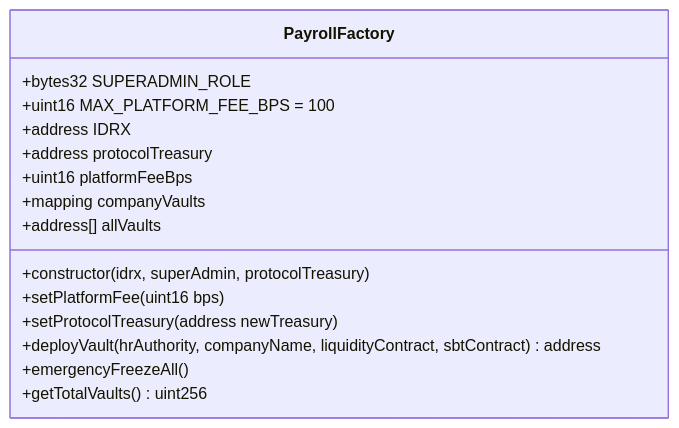
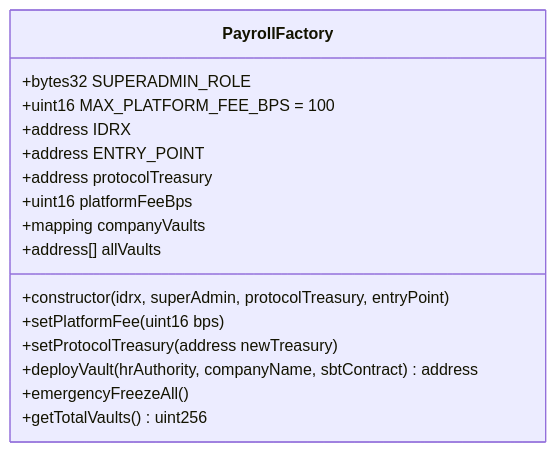
The third of 46 diagrams in docs/DPPL.md (skripsi-payroll-dapp/docs), drawn with Mermaid before and after one commit. The commit also changed other lines of this file and 2 other files, not shown here.

First line of the commit message:
Sync SKPL/DPPL/PDHUPL: renumber NFR-17..19, fix PayrollFactory/CompanyVault stale liquidityContract refs, add missing off-chain table specs

````diff
--- a/docs/DPPL.md
+++ b/docs/DPPL.md
@@ -538,18 +538,19 @@
 ```mermaid
 classDiagram
     class PayrollFactory {
         +bytes32 SUPERADMIN_ROLE
         +uint16 MAX_PLATFORM_FEE_BPS = 100
         +address IDRX
+        +address ENTRY_POINT
         +address protocolTreasury
         +uint16 platformFeeBps
         +mapping companyVaults
         +address[] allVaults
-        +constructor(idrx, superAdmin, protocolTreasury)
+        +constructor(idrx, superAdmin, protocolTreasury, entryPoint)
         +setPlatformFee(uint16 bps)
         +setProtocolTreasury(address newTreasury)
-        +deployVault(hrAuthority, companyName, liquidityContract, sbtContract) address
+        +deployVault(hrAuthority, companyName, sbtContract) address
         +emergencyFreezeAll()
         +getTotalVaults() uint256
     }
 ```
````
